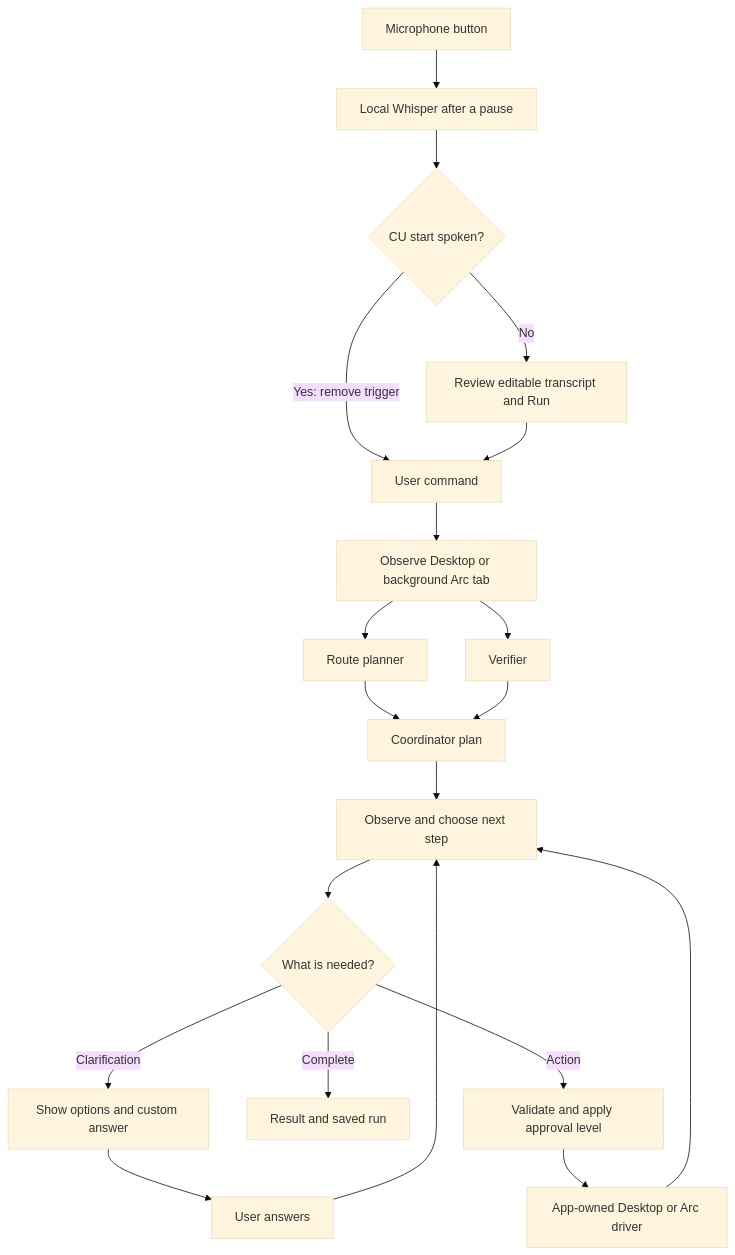
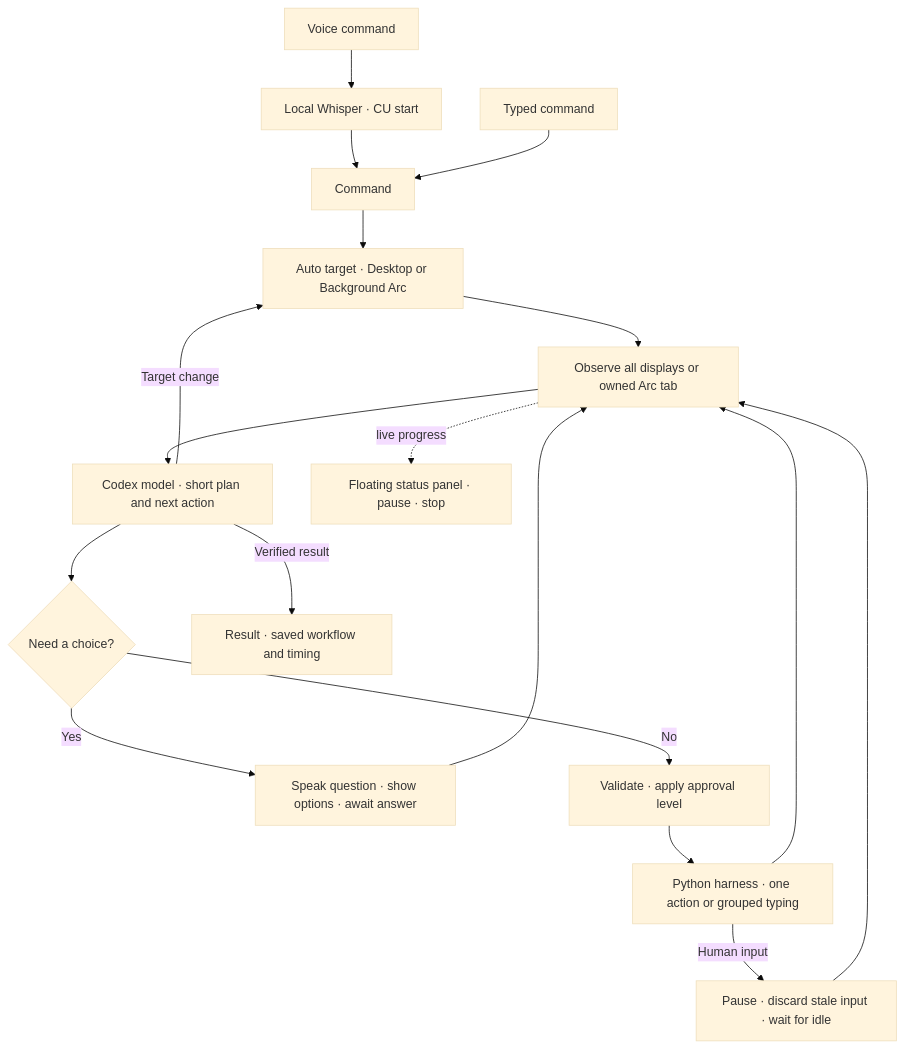
The diagram in README.md (astro-msk/local_lite_cu), drawn with Mermaid (base theme) before and after one commit. The commit also changed other lines of this file and 31 other files, not shown here.

Commit message:
Add Python app with adaptive desktop and background Arc harness

````diff
--- a/README.md
+++ b/README.md
@@ -3,22 +3,20 @@
 ```mermaid
 flowchart TD
-    V[Microphone button] --> W[Local Whisper after a pause]
-    W --> S{CU start spoken?}
-    S -- Yes: remove trigger --> C[User command]
-    S -- No --> T[Review editable transcript and Run]
-    T --> C
-    C --> O[Observe Desktop or background Arc tab]
-    O --> R[Route planner]
-    O --> K[Verifier]
-    R --> P[Coordinator plan]
-    K --> P
-    P --> L[Observe and choose next step]
-    L --> D{What is needed?}
-    D -- Clarification --> Q[Show options and custom answer]
-    Q --> U[User answers]
-    U --> L
-    D -- Complete --> F[Result and saved run]
-    D -- Action --> A[Validate and apply approval level]
-    A --> E[App-owned Desktop or Arc driver]
-    E --> L
+    V[Voice command] --> W[Local Whisper · CU start]
+    W --> C0[Command]
+    K[Typed command] --> C0
+    C0 --> T[Auto target · Desktop or Background Arc]
+    T --> O[Observe all displays or owned Arc tab]
+    O --> P[Codex model · short plan and next action]
+    P --> Q{Need a choice?}
+    Q -- Yes --> A[Speak question · show options · await answer]
+    A --> O
+    Q -- No --> C[Validate · apply approval level]
+    C --> G[Python harness · one action or grouped typing]
+    G --> O
+    P -- Target change --> T
+    P -- Verified result --> R[Result · saved workflow and timing]
+    G -- Human input --> I[Pause · discard stale input · wait for idle]
+    I --> O
+    O -. live progress .-> H[Floating status panel · pause · stop]
 ```
````
